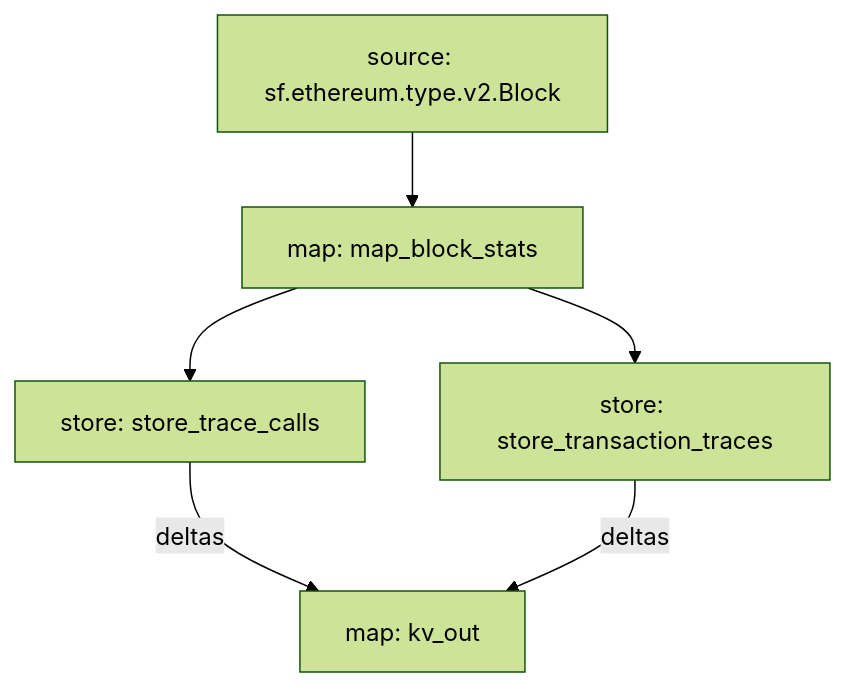
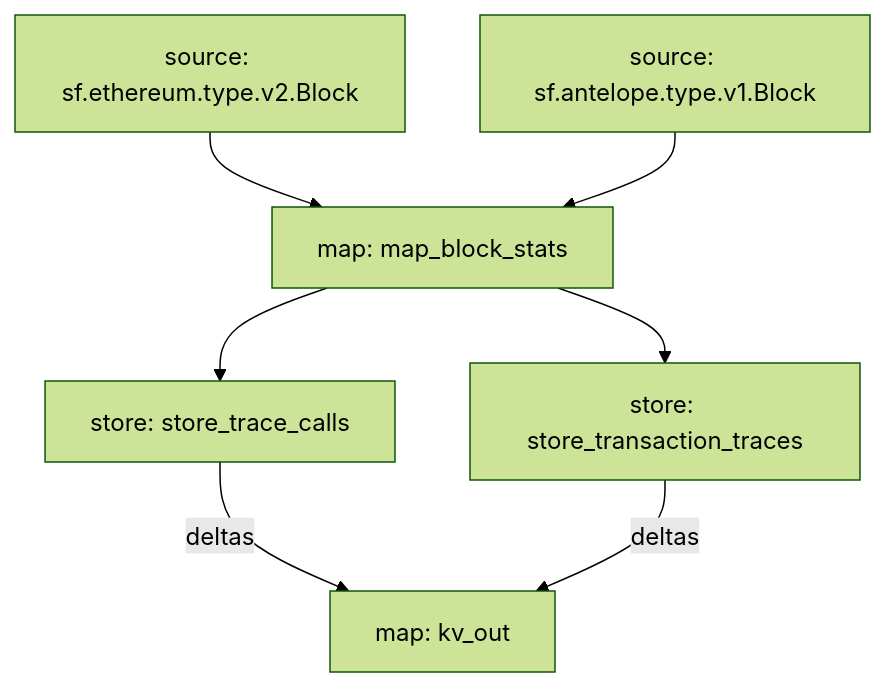
The diagram in README.md (pinax-network/subtivity-substreams), drawn with Mermaid (forest theme) before and after one commit.

Commit message:
update graph

````diff
--- a/README.md
+++ b/README.md
@@ -28,12 +28,13 @@
 ```mermaid
 graph TD;
   map_block_stats[map: map_block_stats]
   sf.ethereum.type.v2.Block[source: sf.ethereum.type.v2.Block] --> map_block_stats
+  sf.antelope.type.v1.Block[source: sf.antelope.type.v1.Block] --> map_block_stats
   store_transaction_traces[store: store_transaction_traces]
   map_block_stats --> store_transaction_traces
   store_trace_calls[store: store_trace_calls]
   map_block_stats --> store_trace_calls
   kv_out[map: kv_out]
   store_trace_calls -- deltas --> kv_out
   store_transaction_traces -- deltas --> kv_out
 ```
````
